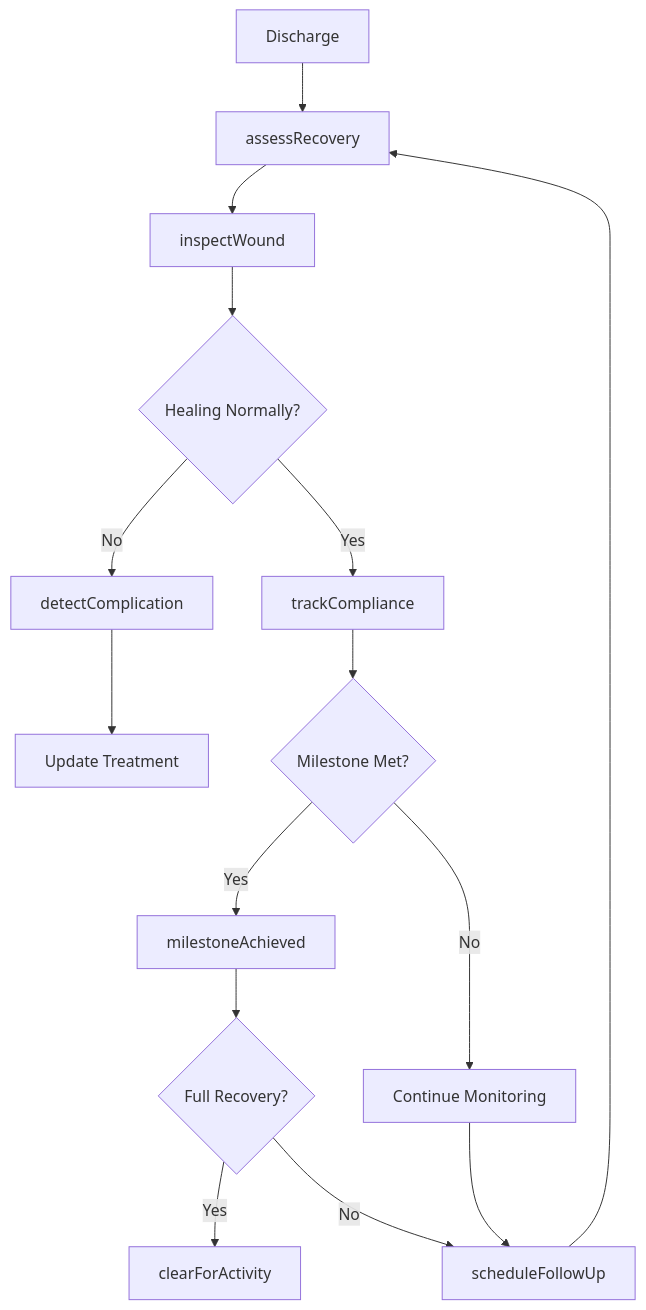
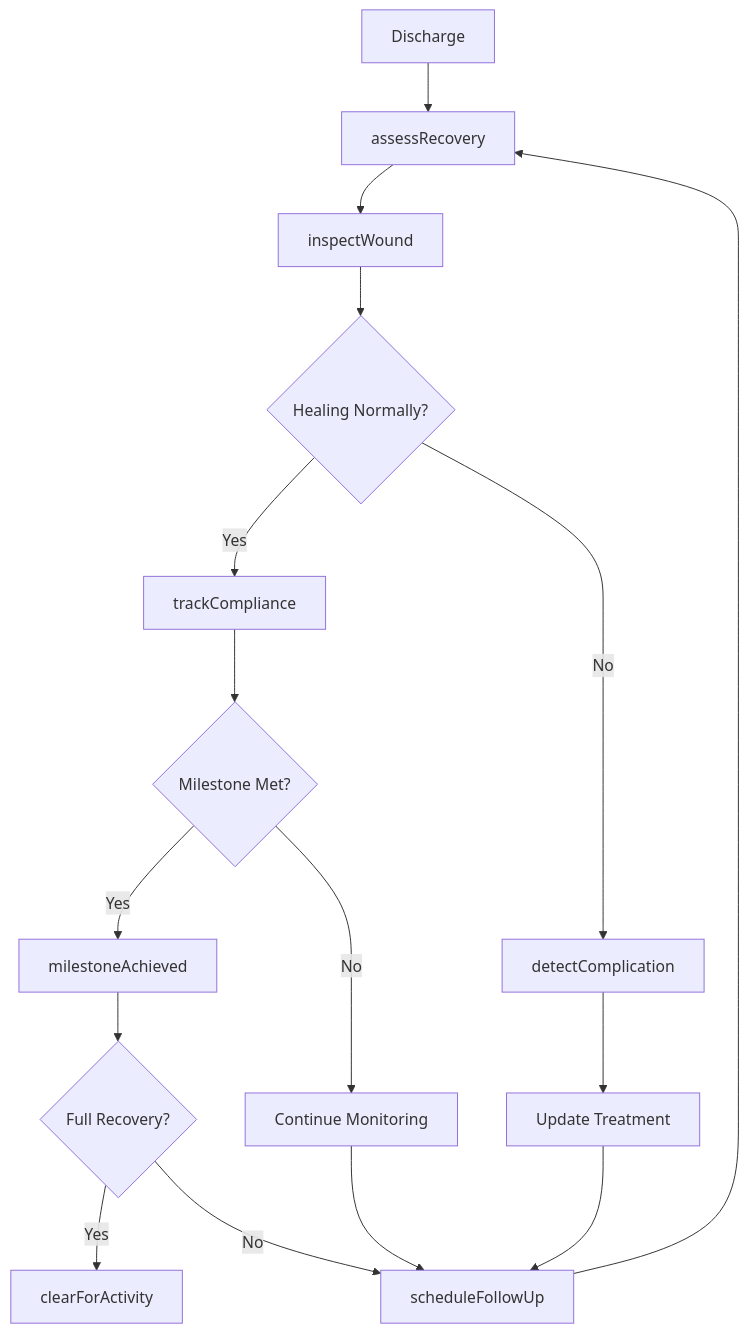
One commit to dot-org-ai/tasks.org.ai changed the third of 4 diagrams in MonitoringProcessesMaterialsOrSurroundings/MonitorHealthConditionsOfHumansOrAnimals/MonitorPatientsFollowingSurgeriesTreatments.mdx. Above: the diagram before and after it, drawn with Mermaid. The commit also changed other lines of this file and 504 other files, not shown here.

First line of the commit message:
feat: Add ER diagrams, state diagrams, and workflow improvements to 96 DWA task files

````diff
--- a/MonitoringProcessesMaterialsOrSurroundings/MonitorHealthConditionsOfHumansOrAnimals/MonitorPatientsFollowingSurgeriesTreatments.mdx
+++ b/MonitoringProcessesMaterialsOrSurroundings/MonitorHealthConditionsOfHumansOrAnimals/MonitorPatientsFollowingSurgeriesTreatments.mdx
@@ -87,17 +119,18 @@
 ```mermaid
 graph TD
     A[Discharge] --> B[assessRecovery]
     B --> C[inspectWound]
     C --> D{Healing Normally?}
     D -->|Yes| E[trackCompliance]
     D -->|No| F[detectComplication]
     F --> G[Update Treatment]
     E --> H{Milestone Met?}
     H -->|Yes| I[milestoneAchieved]
     H -->|No| J[Continue Monitoring]
     I --> K{Full Recovery?}
     K -->|Yes| L[clearForActivity]
     K -->|No| M[scheduleFollowUp]
     J --> M
+    G --> M
     M --> B
 ```
````
